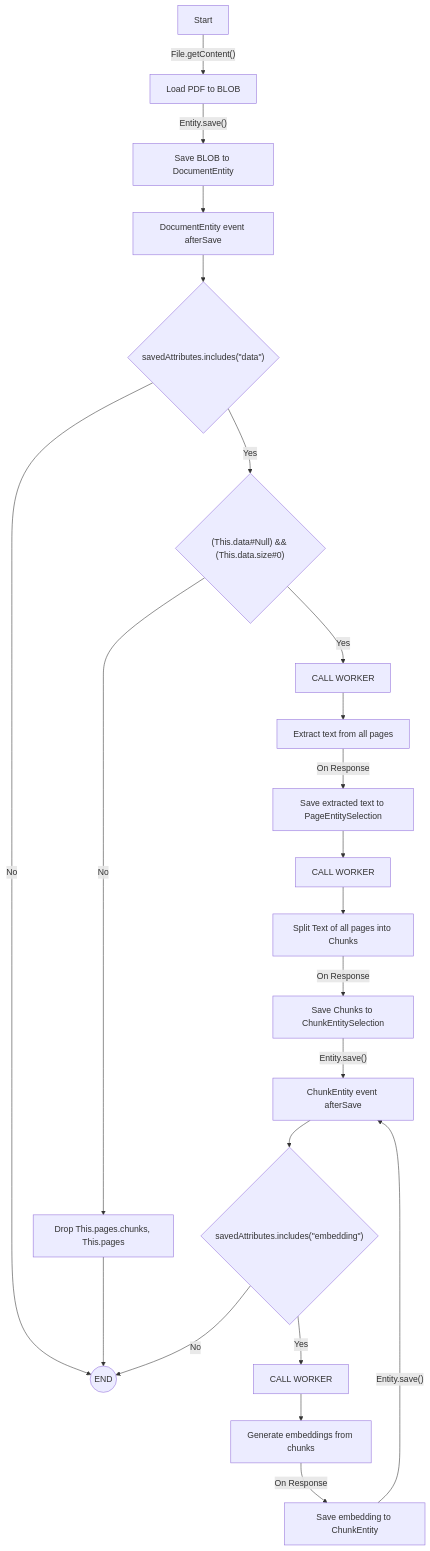
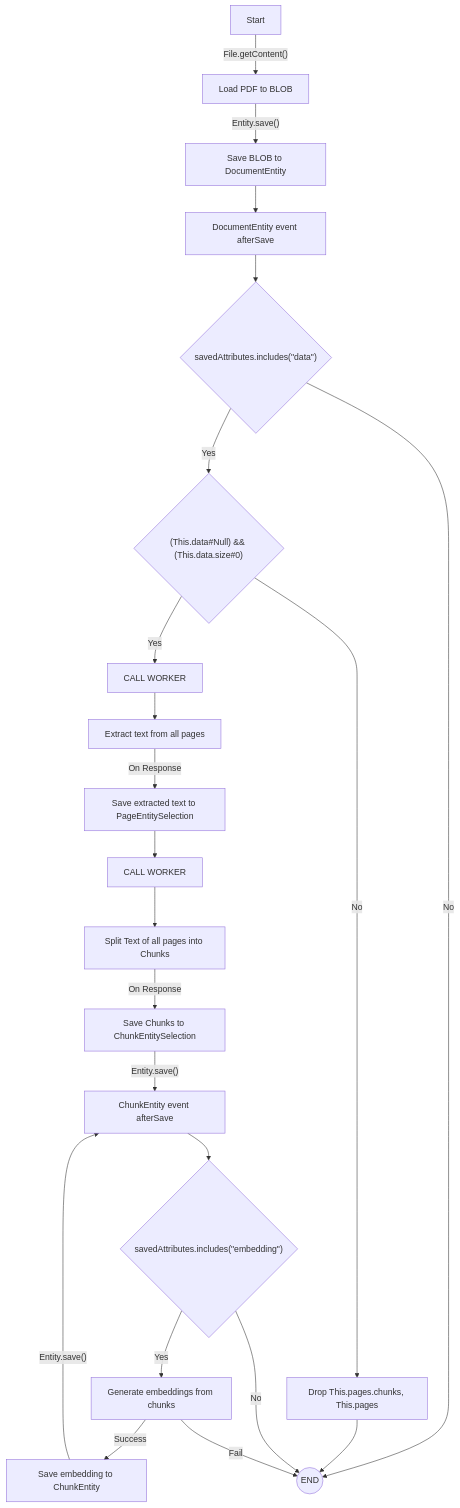
Before and after one commit to miyako/4d-example-pdf-chunking: the diagram in README.md, drawn with Mermaid.

````diff
--- a/README.md
+++ b/README.md
@@ -20,24 +20,24 @@
 ```mermaid
   graph TD;
   A[Start] --> |"File.getContent()"| B[Load PDF to BLOB];
   B --> |"Entity.save()"|C[Save BLOB to DocumentEntity];
   C --> C2[DocumentEntity event afterSave];
   C2 --> C3{"savedAttributes.includes(&quot;data&quot;)"};
   C3 -- Yes --> C4{"(This.data#Null) && (This.data.size#0)"};
   C3 -- No  --> Z((END));
   C4 -- Yes --> D[CALL WORKER];
   C4 -- No --> C5[Drop This.pages.chunks, This.pages];
   C5 --> Z[End];
   D --> E[Extract text from all pages];
   E --> |On Response| F[Save extracted text to PageEntitySelection];
   F --> F2[CALL WORKER];
   F2 --> G[Split Text of all pages into Chunks];
   G --> |On Response| H[Save Chunks to ChunkEntitySelection];
   H --> |"Entity.save()"| H2[ChunkEntity event afterSave];
   H2 --> H3{"savedAttributes.includes(&quot;embedding&quot;)"};
-  H3 -- Yes --> H4[CALL WORKER];
+  H3 -- Yes --> H4[Generate embeddings from chunks];
   H3 -- No  --> Z((END));
-  H4 --> J[Generate embeddings from chunks];
-  J --> |On Response| K[Save embedding to ChunkEntity];
+  H4 -- Success --> K[Save embedding to ChunkEntity];
+  H4 -- Fail --> Z((END));
   K --> |"Entity.save()"| H2[ChunkEntity event afterSave];
 ```
````
